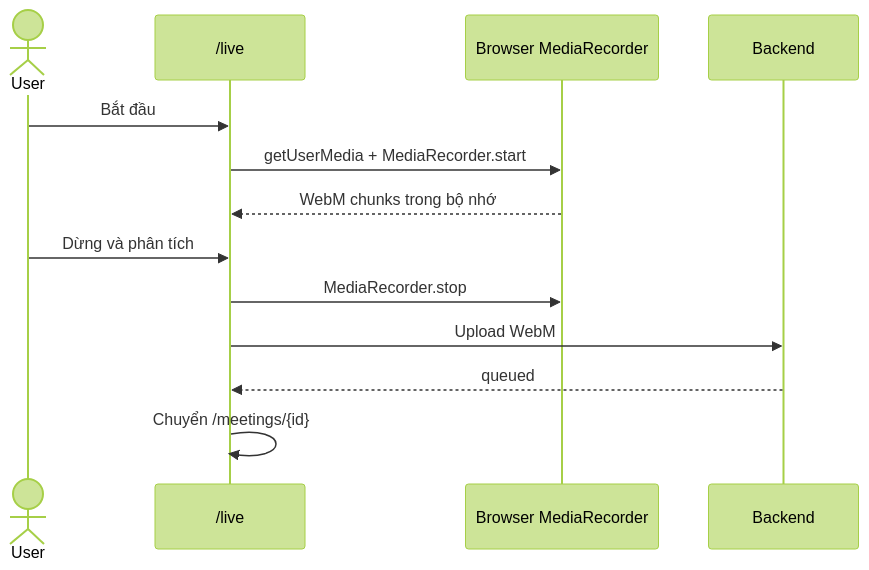
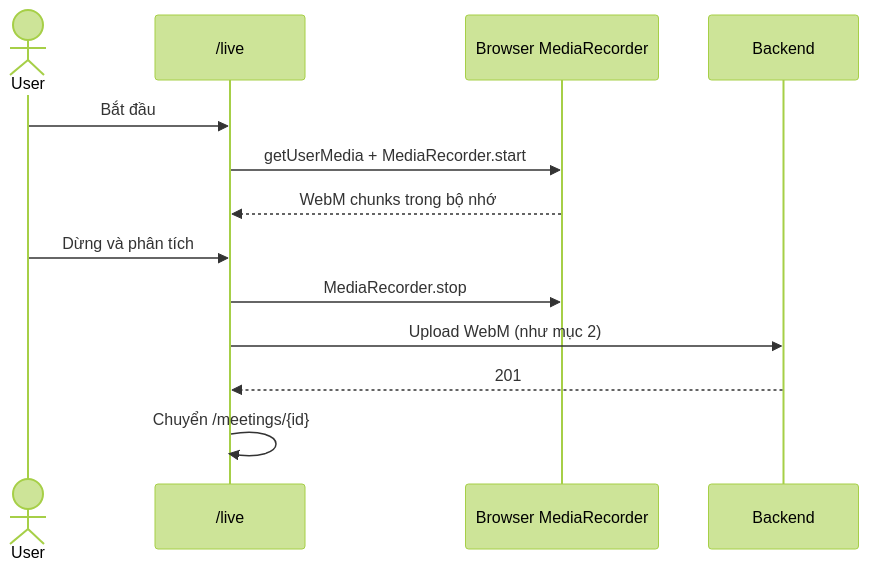
Before and after one commit to plxgplxgplxg/meeting-voice-assistant: the ninth of 9 diagrams in docs/03-architecture/sequence-diagrams.md, drawn with Mermaid (forest theme). The commit also changed other lines of this file and 234 other files, not shown here.

````diff
--- a/docs/03-architecture/sequence-diagrams.md
+++ b/docs/03-architecture/sequence-diagrams.md
@@ -136,15 +276,15 @@
 ```mermaid
 sequenceDiagram
     actor U as User
     participant UI as /live
     participant B as Browser MediaRecorder
     participant API as Backend
     U->>UI: Bắt đầu
     UI->>B: getUserMedia + MediaRecorder.start
     B-->>UI: WebM chunks trong bộ nhớ
     U->>UI: Dừng và phân tích
     UI->>B: MediaRecorder.stop
-    UI->>API: Upload WebM
-    API-->>UI: queued
+    UI->>API: Upload WebM (như mục 2)
+    API-->>UI: 201
     UI->>UI: Chuyển /meetings/{id}
 ```
````
